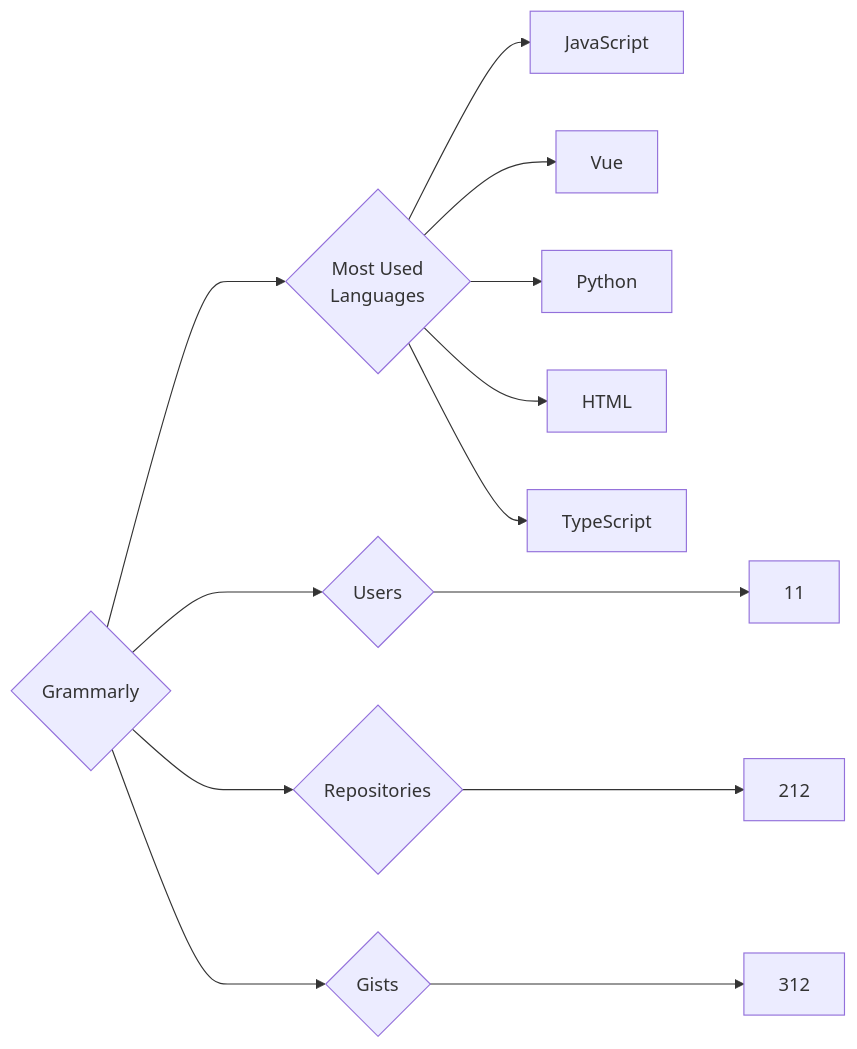
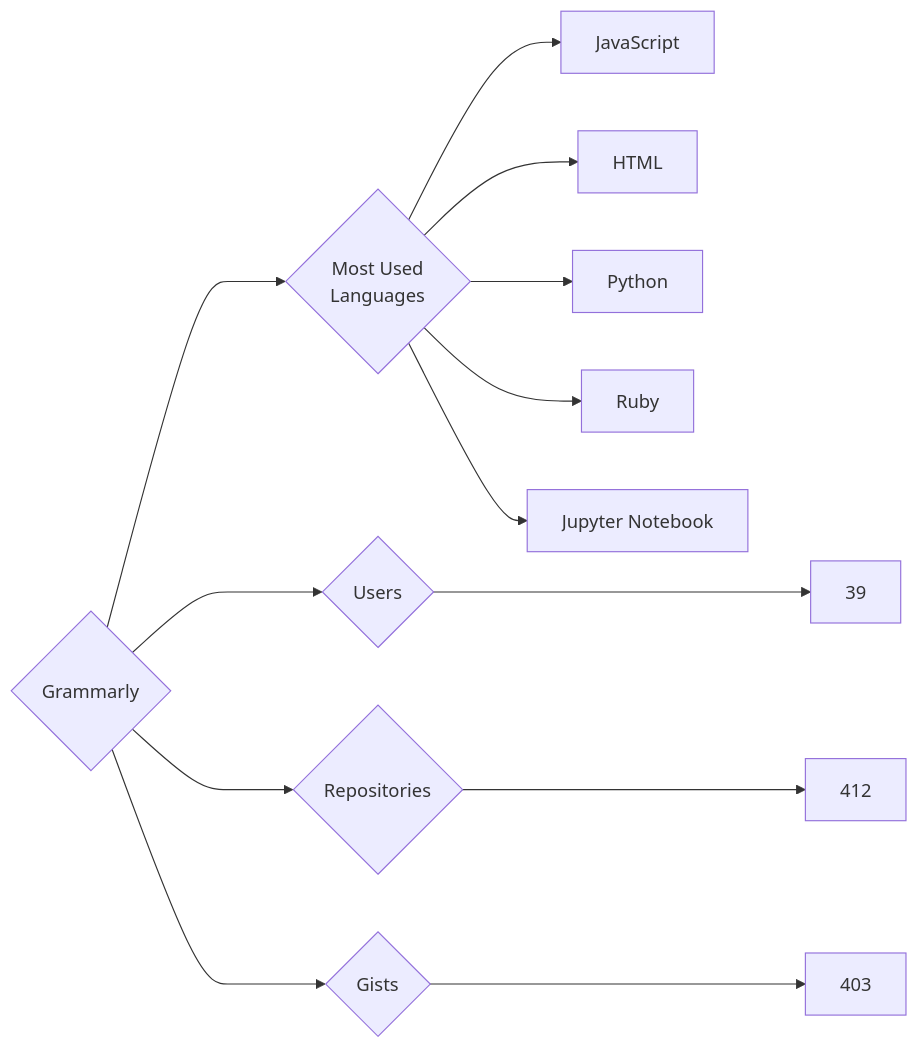
Before and after one commit to trickest/insiders: the diagram in targets/Grammarly/README.md, drawn with Mermaid. The commit also changed 723 other files, not shown here.

````diff
--- a/targets/Grammarly/README.md
+++ b/targets/Grammarly/README.md
@@ -3,13 +3,13 @@
 ```mermaid
 graph LR
 COMPANY_NAME{Grammarly}
-COMPANY_NAME ---> U{Users} ---> UN[11]
-COMPANY_NAME ---> R{Repositories} ---> RN[212]
-COMPANY_NAME ---> G{Gists} ---> GN[312]
+COMPANY_NAME ---> U{Users} ---> UN[39]
+COMPANY_NAME ---> R{Repositories} ---> RN[412]
+COMPANY_NAME ---> G{Gists} ---> GN[403]
 COMPANY_NAME ---> ML{Most Used<br>Languages}
 ML --> JavaScript[JavaScript]
-ML --> Vue[Vue]
+ML --> HTML[HTML]
 ML --> Python[Python]
-ML --> HTML[HTML]
-ML --> TypeScript[TypeScript]
+ML --> Ruby[Ruby]
+ML --> Jupyter_Notebook[Jupyter Notebook]
 ```
````
